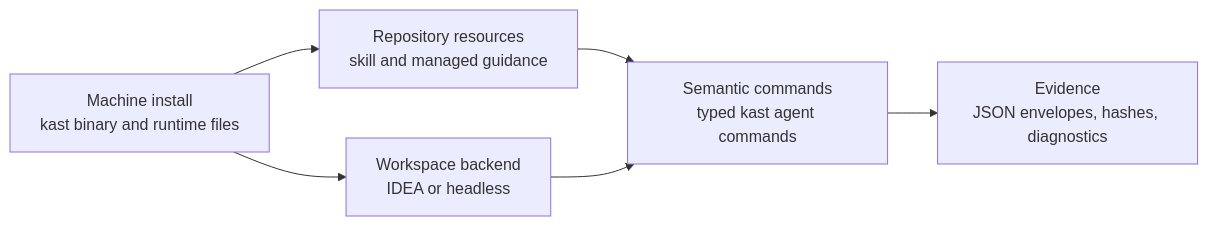
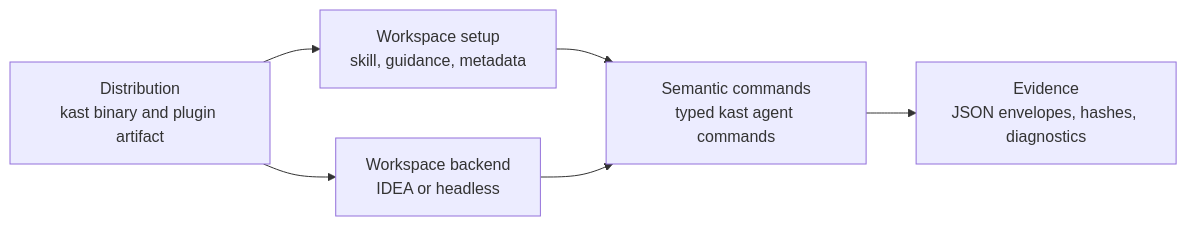
One commit to amichne/kast changed the diagram in docs/index.md. Above: the diagram before and after it, drawn with Mermaid. The commit also changed other lines of this file and 47 other files, not shown here.

Commit message:
feat: make macOS plugin the setup authority

````diff
--- a/docs/index.md
+++ b/docs/index.md
@@ -54,14 +54,14 @@
 ```mermaid
 flowchart LR
-    machine["Machine install<br/>kast binary and runtime files"]
-    repo["Repository resources<br/>skill and managed guidance"]
+    machine["Distribution<br/>kast binary and plugin artifact"]
+    repo["Workspace setup<br/>skill, guidance, metadata"]
     backend["Workspace backend<br/>IDEA or headless"]
     commands["Semantic commands<br/>typed kast agent commands"]
     evidence["Evidence<br/>JSON envelopes, hashes, diagnostics"]
 
     machine --> repo
     machine --> backend
     repo --> commands
     backend --> commands
     commands --> evidence
 ```
````
